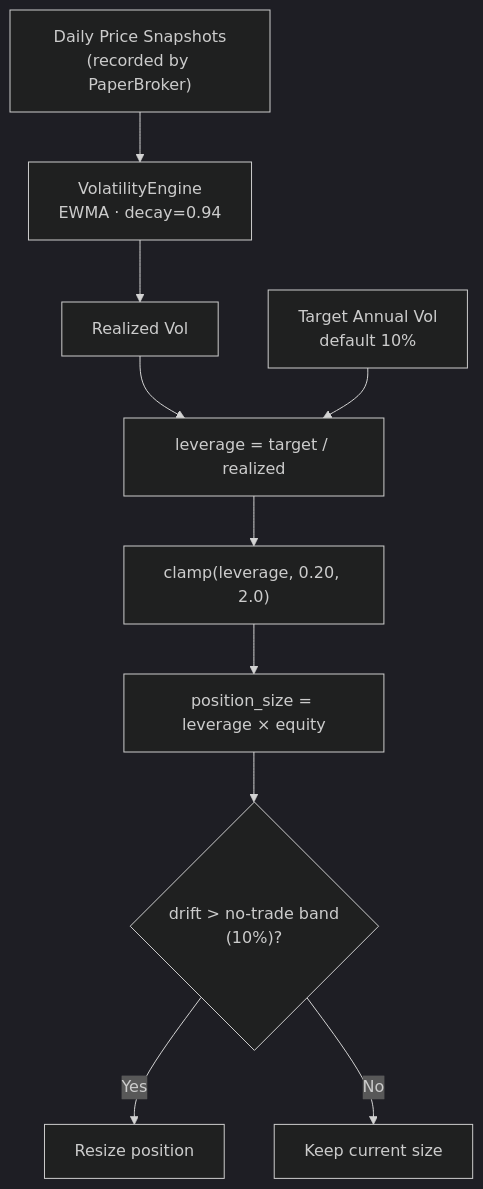
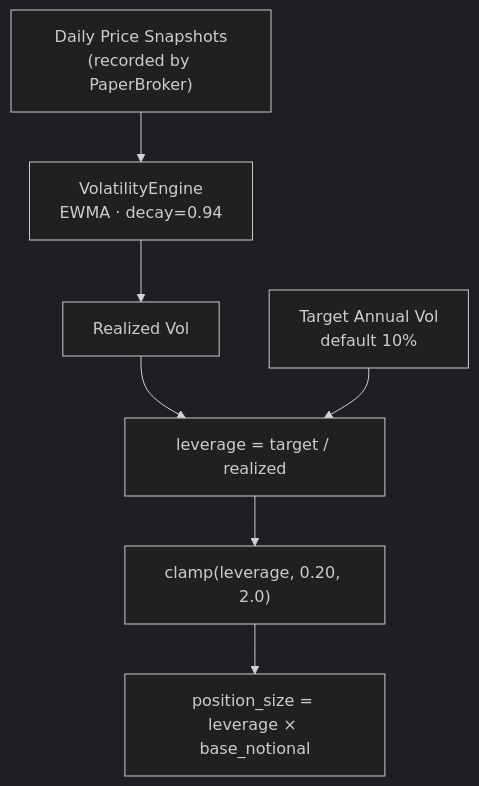
The third of 5 diagrams in README.md (sherifconteh-collab/Zulubot), drawn with Mermaid (dark theme) before and after one commit. The commit also changed other lines of this file and 10 other files, not shown here.

````diff
--- a/README.md
+++ b/README.md
@@ -222,19 +229,15 @@
 ```mermaid
 graph TD
     PRICES["Daily Price Snapshots\n(recorded by PaperBroker)"]
     VOL_ENGINE["VolatilityEngine\nEWMA · decay=0.94"]
     PRICES --> VOL_ENGINE
 
     VOL_ENGINE --> VOL["Realized Vol"]
     TARGET["Target Annual Vol\ndefault 10%"]
 
     VOL --> FORMULA["leverage = target / realized"]
     TARGET --> FORMULA
 
     FORMULA --> CLAMP["clamp(leverage, 0.20, 2.0)"]
-    CLAMP --> NOTIONAL["position_size = leverage × equity"]
-
-    NOTIONAL --> BAND{"drift > no-trade band\n(10%)?"}
-    BAND -->|"Yes"| TRADE["Resize position"]
-    BAND -->|"No"| HOLD["Keep current size"]
+    CLAMP --> NOTIONAL["position_size = leverage × base_notional"]
 ```
````
